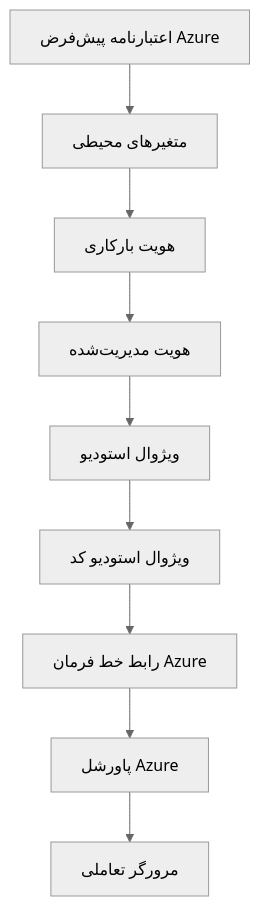
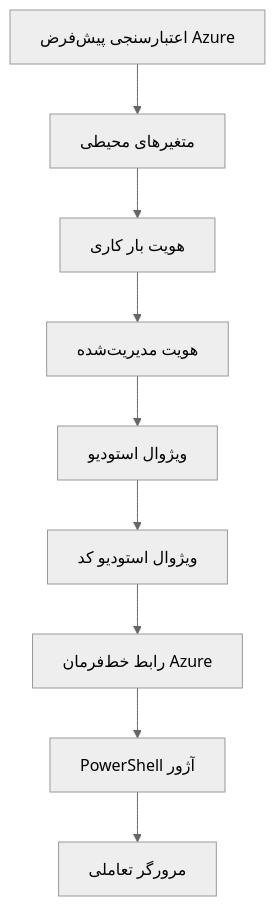
The second of 2 diagrams in translations/fa/docs/chapter-01-foundation/azd-basics.md (microsoft/AZD-for-beginners), drawn with Mermaid (neutral theme) before and after one commit. The commit also changed other lines of this file and 101 other files, not shown here.

````diff
--- a/translations/fa/docs/chapter-01-foundation/azd-basics.md
+++ b/translations/fa/docs/chapter-01-foundation/azd-basics.md
@@ -593,11 +591,11 @@
 ```mermaid
 graph TD
-    A[اعتبارنامه پیش‌فرض Azure] --> B[متغیرهای محیطی]
-    B --> C[هویت بارکاری]
+    A[اعتبارسنجی پیش‌فرض Azure] --> B[متغیرهای محیطی]
+    B --> C[هویت بار کاری]
     C --> D[هویت مدیریت‌شده]
     D --> E[ویژوال استودیو]
     E --> F[ویژوال استودیو کد]
-    F --> G[رابط خط فرمان Azure]
-    G --> H[پاورشل Azure]
+    F --> G[رابط خط‌فرمان Azure]
+    G --> H[PowerShell آژور]
     H --> I[مرورگر تعاملی]
 ```
````
